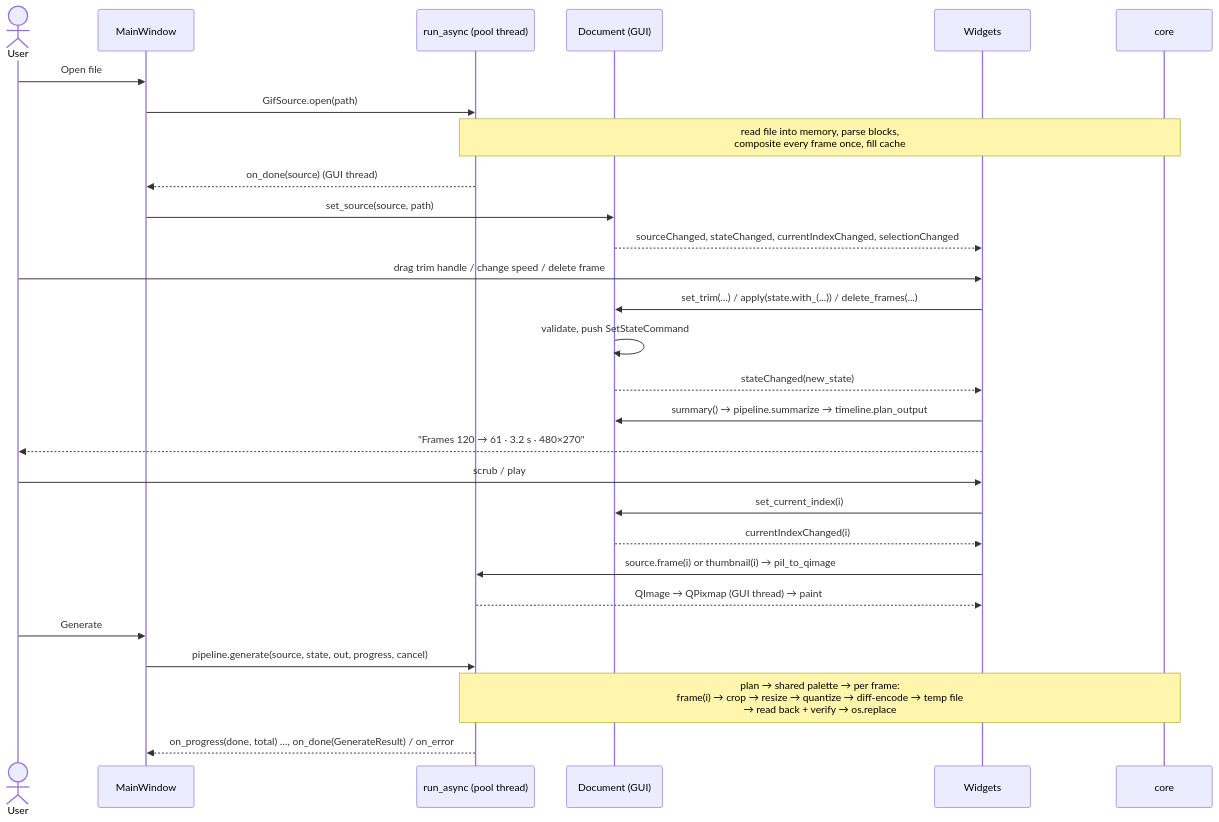
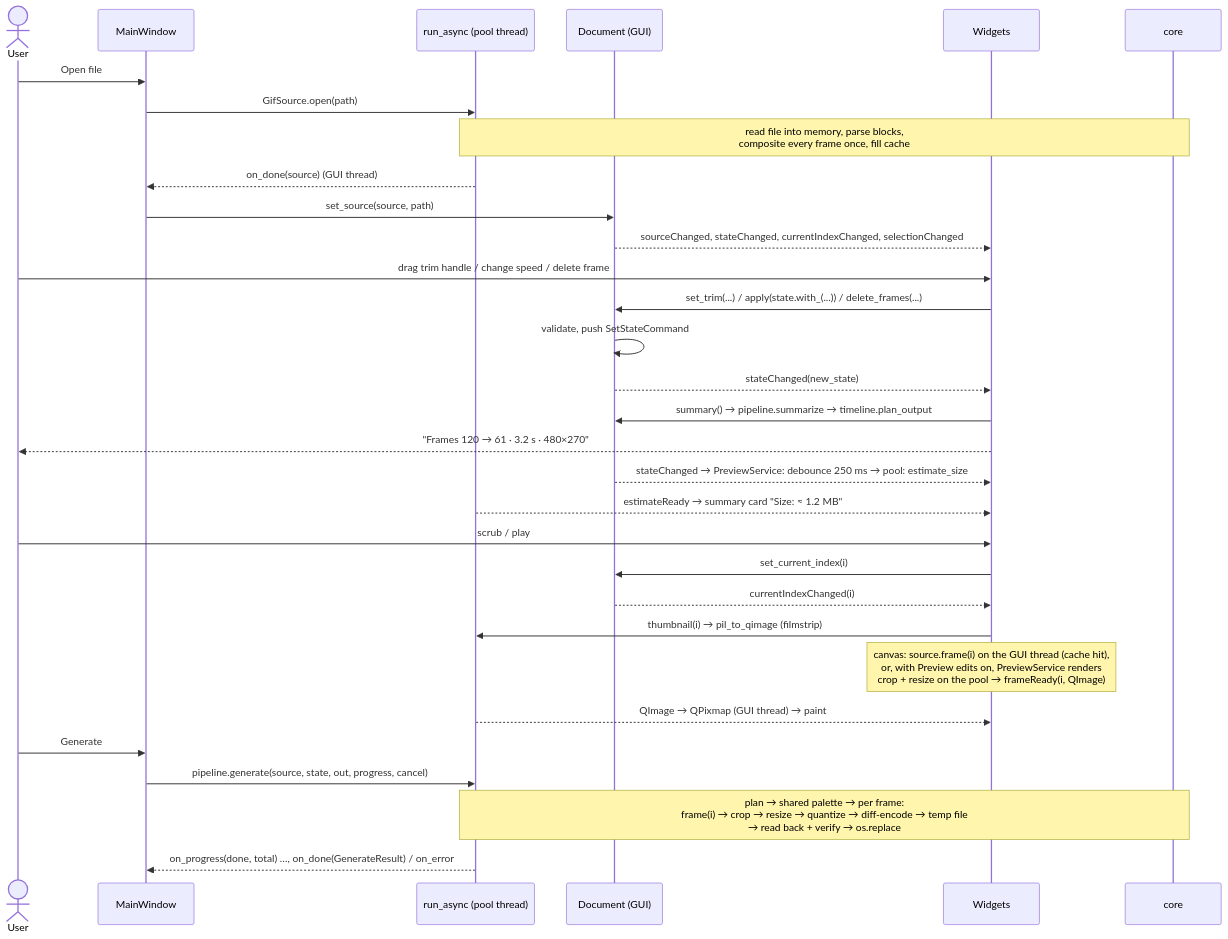
Before and after one commit to ErmanKan/EGPlease: the second of 5 diagrams in docs/03-architecture.md, drawn with Mermaid. The commit also changed other lines of this file and 6 other files, not shown here.

Commit message:
docs: Milestone 3 architecture, dev log, README, AGENTS interfaces and RESUME-HERE

````diff
--- a/docs/03-architecture.md
+++ b/docs/03-architecture.md
@@ -97,34 +105,38 @@
 ```mermaid
 sequenceDiagram
     actor U as User
     participant MW as MainWindow
     participant WK as run_async (pool thread)
     participant D as Document (GUI)
     participant V as Widgets
     participant C as core
 
     U->>MW: Open file
     MW->>WK: GifSource.open(path)
     Note over WK,C: read file into memory, parse blocks,<br/>composite every frame once, fill cache
     WK-->>MW: on_done(source) (GUI thread)
     MW->>D: set_source(source, path)
     D-->>V: sourceChanged, stateChanged, currentIndexChanged, selectionChanged
 
     U->>V: drag trim handle / change speed / delete frame
     V->>D: set_trim(...) / apply(state.with_(...)) / delete_frames(...)
     D->>D: validate, push SetStateCommand
     D-->>V: stateChanged(new_state)
     V->>D: summary() → pipeline.summarize → timeline.plan_output
     V-->>U: "Frames 120 → 61 · 3.2 s · 480×270"
 
+    D-->>V: stateChanged → PreviewService: debounce 250 ms → pool: estimate_size
+    WK-->>V: estimateReady → summary card "Size: ≈ 1.2 MB"
+
     U->>V: scrub / play
     V->>D: set_current_index(i)
     D-->>V: currentIndexChanged(i)
-    V->>WK: source.frame(i) or thumbnail(i) → pil_to_qimage
+    V->>WK: thumbnail(i) → pil_to_qimage (filmstrip)
+    Note over V: canvas: source.frame(i) on the GUI thread (cache hit),<br/>or, with Preview edits on, PreviewService renders<br/>crop + resize on the pool → frameReady(i, QImage)
     WK-->>V: QImage → QPixmap (GUI thread) → paint
 
     U->>MW: Generate
     MW->>WK: pipeline.generate(source, state, out, progress, cancel)
     Note over WK,C: plan → shared palette → per frame:<br/>frame(i) → crop → resize → quantize → diff-encode → temp file<br/>→ read back + verify → os.replace
     WK-->>MW: on_progress(done, total) …, on_done(GenerateResult) / on_error
 ```
````
